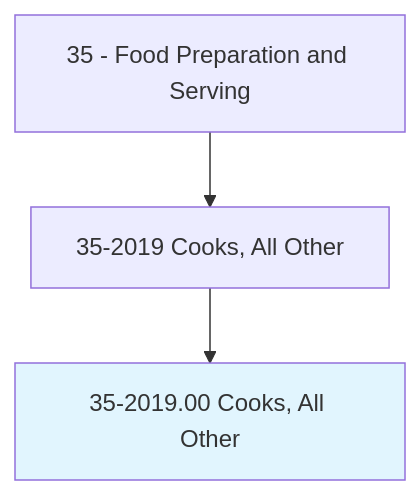
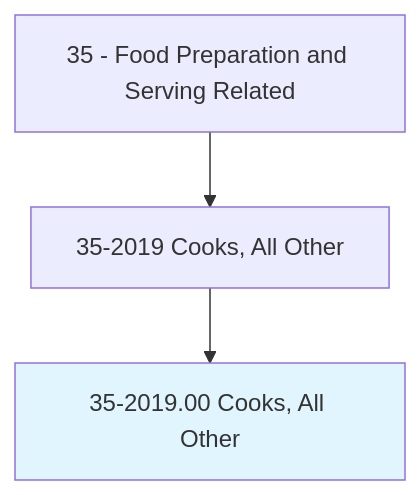
One commit to kziemski/business.org.ai changed the first of 4 diagrams in occupations/FoodService/Cooks.mdx. Above: the diagram before and after it, drawn with Mermaid. The commit also changed other lines of this file and 938 other files, not shown here.

````diff
--- a/occupations/FoodService/Cooks.mdx
+++ b/occupations/FoodService/Cooks.mdx
@@ -19,6 +23,6 @@
 ```mermaid
 graph TD
-    Cat35["35 - Food Preparation and Serving"] --> Group352019["35-2019 Cooks, All Other"]
+    Cat35["35 - Food Preparation and Serving Related"] --> Group352019["35-2019 Cooks, All Other"]
     Group352019 --> Current["35-2019.00 Cooks, All Other"]
     style Current fill:#e1f5fe
 ```
````
